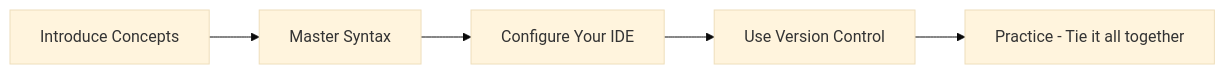
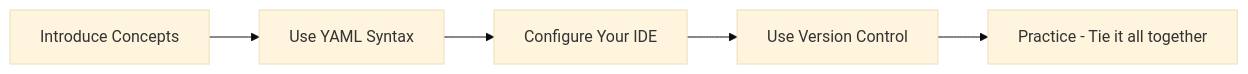
One commit to ppremru/LaunchAdoption-AAP changed the diagram in foundation/foundation.md. Above: the diagram before and after it, drawn with Mermaid (base theme). The commit also changed other lines of this file, not shown here.

Commit message:
Update foundational skills section in documentation

````diff
--- a/foundation/foundation.md
+++ b/foundation/foundation.md
@@ -9,7 +9,7 @@
 ```mermaid
 graph LR
-    A[Introduce Concepts] --> B[Master Syntax];
+    A[Introduce Concepts] --> B[Use YAML Syntax];
     B --> C[Configure Your IDE];
     C --> D[Use Version Control];
     D --> E[Practice - Tie it all together];
 ```
````
